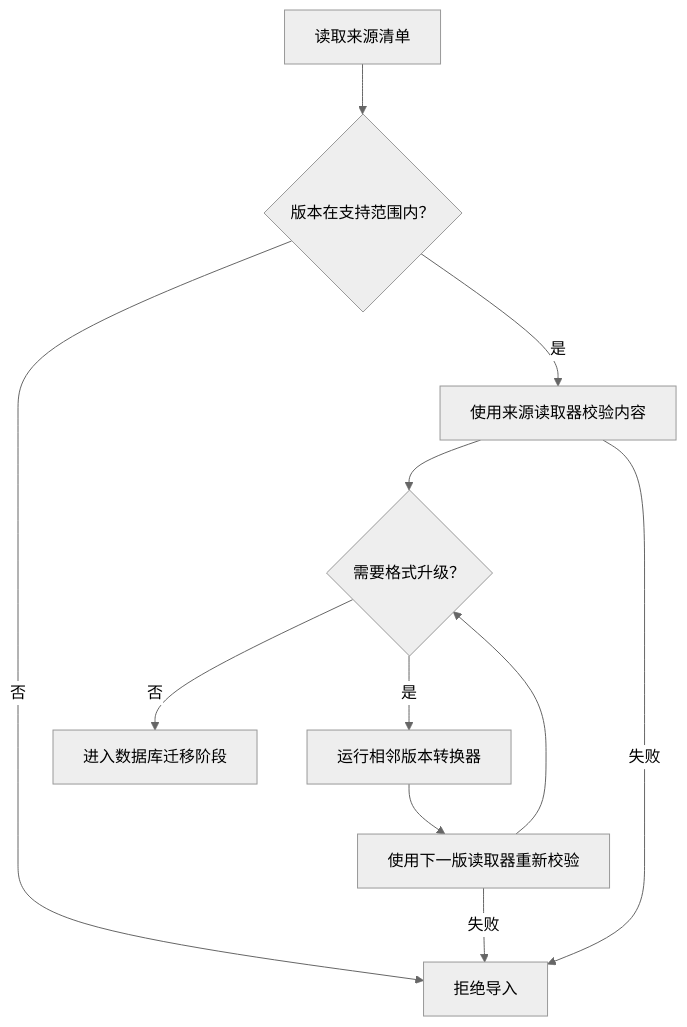
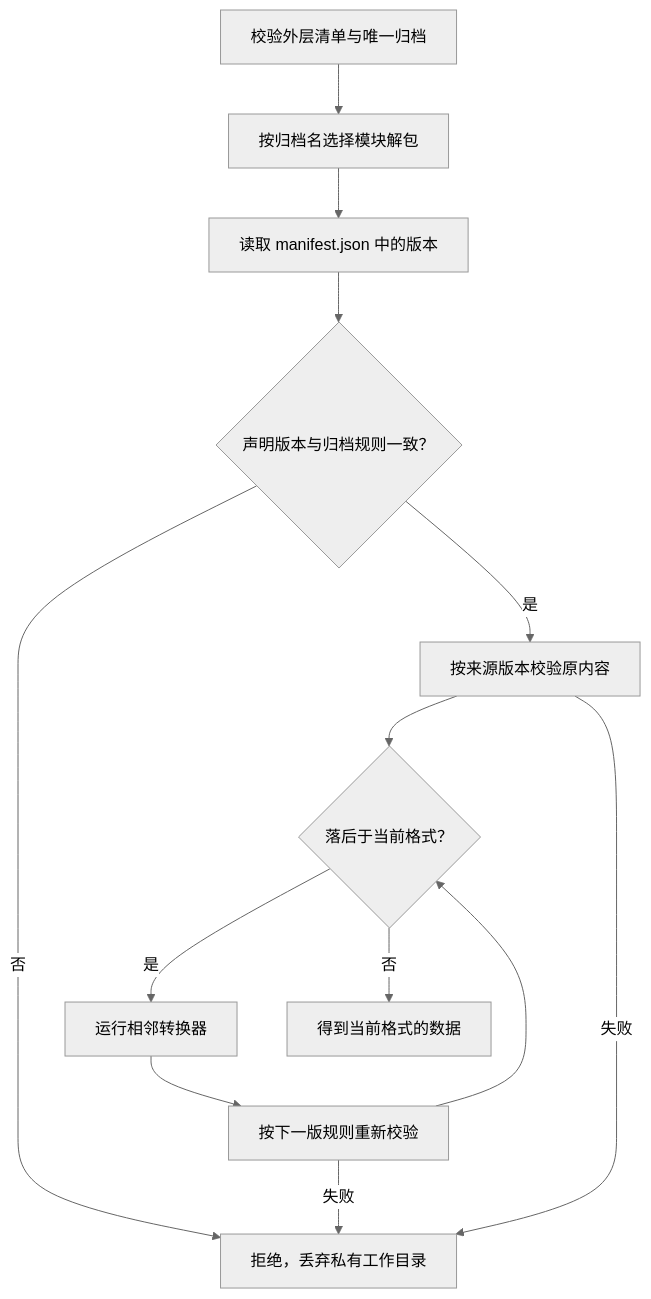
One commit to kevinhuang001/love-app changed the first of 2 diagrams in docs/developer/backup-migrations.md. Above: the diagram before and after it, drawn with Mermaid (neutral theme). The commit also changed other lines of this file and 28 other files, not shown here.

Commit message:
refactor: 泛化备份版本模块并提供 PostgreSQL schema 1 接纳脚本 (#14)

````diff
--- a/docs/developer/backup-migrations.md
+++ b/docs/developer/backup-migrations.md
@@ -11,13 +40,15 @@
 ```mermaid
 flowchart TB
-  A[读取来源清单] --> B{版本在支持范围内？}
-  B -->|否| X[拒绝导入]
-  B -->|是| C[使用来源读取器校验内容]
-  C --> D{需要格式升级？}
-  D -->|否| G[进入数据库迁移阶段]
-  D -->|是| E[运行相邻版本转换器]
-  E --> F[使用下一版读取器重新校验]
-  F --> D
-  C -->|失败| X
-  F -->|失败| X
+  A[校验外层清单与唯一归档] --> B[按归档名选择模块解包]
+  B --> C[读取 manifest.json 中的版本]
+  C --> D{声明版本与归档规则一致？}
+  D -->|否| X[拒绝，丢弃私有工作目录]
+  D -->|是| E[按来源版本校验原内容]
+  E --> F{落后于当前格式？}
+  F -->|是| G[运行相邻转换器]
+  G --> H[按下一版规则重新校验]
+  H --> F
+  F -->|否| I[得到当前格式的数据]
+  E -->|失败| X
+  H -->|失败| X
 ```
````
